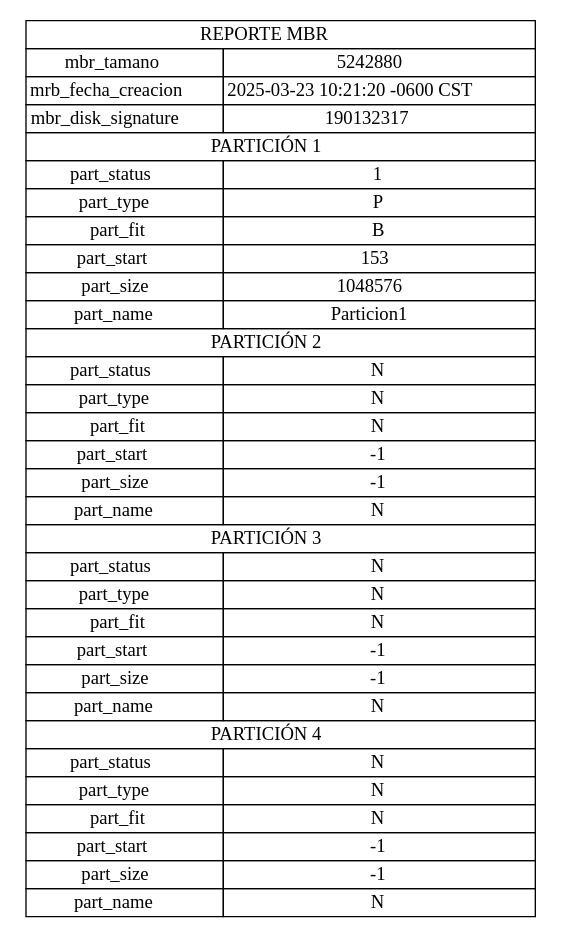
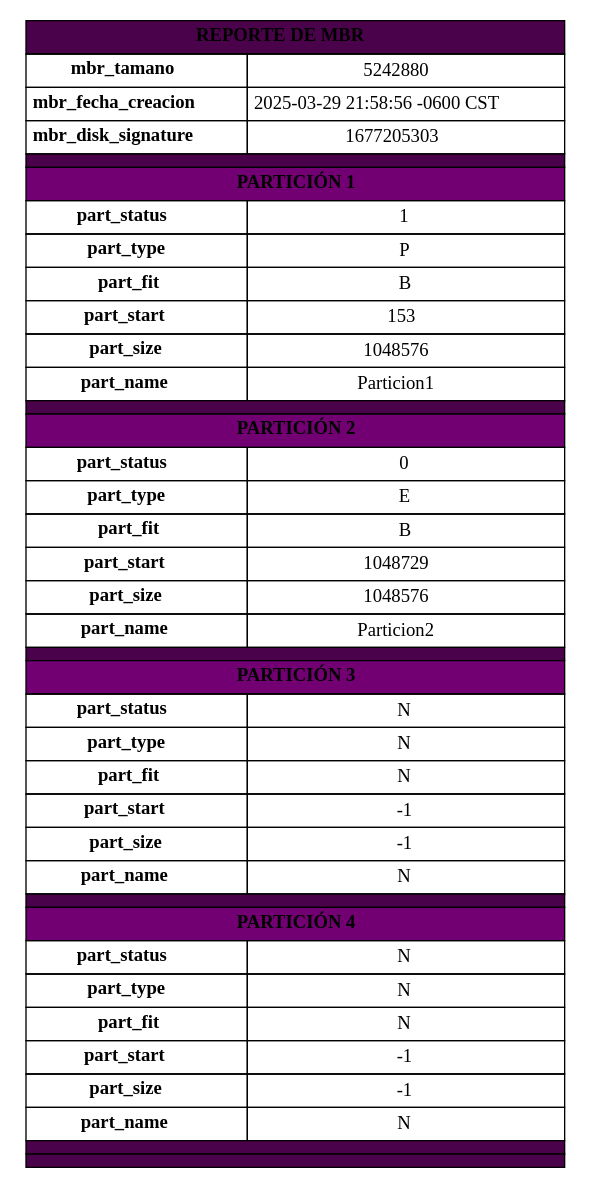
Before and after one commit to Brandon22023/MIA_1S2025_P1_202300813: the diagram in output/report_mbr.dot, drawn with Graphviz. The commit also changed 7 other files, not shown here.

```diff
--- a/output/report_mbr.dot
+++ b/output/report_mbr.dot
@@ -1,41 +1,164 @@
 digraph G {
-        node [shape=plaintext]
-        tabla [label=<
-            <table border="0" cellborder="1" cellspacing="0">
-                <tr><td colspan="2"> REPORTE MBR </td></tr>
-                <tr><td>mbr_tamano</td><td>5242880</td></tr>
-                <tr><td>mrb_fecha_creacion</td><td>2025-03-23 10:21:20 -0600 CST</td></tr>
-                <tr><td>mbr_disk_signature</td><td>190132317</td></tr>
+		node [shape=plaintext]
+		tabla [label=<
+			<table border="0" cellborder="1" cellspacing="0" cellpadding="4" style="rounded; font-family:Arial; font-size:12px;">
+				<!-- Encabezado principal -->
+				<tr>
+					<td colspan="2" bgcolor="#4A024A" style="color:white; font-size:16px; padding:8px; border-top-left-radius:8px; border-top-right-radius:8px;">
+						<b>REPORTE DE MBR</b>
+					</td>
+				</tr>
+				
+				<!-- Datos del MBR -->
+				<tr bgcolor="#EAD3EA">
+					<td><b>mbr_tamano</b></td>
+					<td>5242880</td>
+				</tr>
+				<tr>
+					<td><b>mbr_fecha_creacion</b></td>
+					<td>2025-03-29 21:58:56 -0600 CST</td>
+				</tr>
+				<tr bgcolor="#EAD3EA">
+					<td><b>mbr_disk_signature</b></td>
+					<td>1677205303</td>
+				</tr>
+				
+				<!-- Separador visual -->
+				<tr><td colspan="2" height="4" bgcolor="#4A024A"></td></tr>
+            <!-- Partición 1 -->
+            <tr>
+                <td colspan="2" bgcolor="#720072" style="color:white; font-size:14px; padding:6px;">
+                    <b>PARTICIÓN 1</b>
+                </td>
+            </tr>
+            <tr bgcolor="#F5D0F5">
+                <td><b>part_status</b></td>
+                <td>1</td>
+            </tr>
+            <tr>
+                <td><b>part_type</b></td>
+                <td>P</td>
+            </tr>
+            <tr bgcolor="#F5D0F5">
+                <td><b>part_fit</b></td>
+                <td>B</td>
+            </tr>
+            <tr>
+                <td><b>part_start</b></td>
+                <td>153</td>
+            </tr>
+            <tr bgcolor="#F5D0F5">
+                <td><b>part_size</b></td>
+                <td>1048576</td>
+            </tr>
+            <tr>
+                <td><b>part_name</b></td>
+                <td>Particion1</td>
+            </tr>
             
-				<tr><td colspan="2"> PARTICIÓN 1 </td></tr>
-				<tr><td>part_status</td><td>1</td></tr>
-				<tr><td>part_type</td><td>P</td></tr>
-				<tr><td>part_fit</td><td>B</td></tr>
-				<tr><td>part_start</td><td>153</td></tr>
-				<tr><td>part_size</td><td>1048576</td></tr>
-				<tr><td>part_name</td><td>Particion1</td></tr>
-			
-				<tr><td colspan="2"> PARTICIÓN 2 </td></tr>
-				<tr><td>part_status</td><td>N</td></tr>
-				<tr><td>part_type</td><td>N</td></tr>
-				<tr><td>part_fit</td><td>N</td></tr>
-				<tr><td>part_start</td><td>-1</td></tr>
-				<tr><td>part_size</td><td>-1</td></tr>
-				<tr><td>part_name</td><td>N</td></tr>
-			
-				<tr><td colspan="2"> PARTICIÓN 3 </td></tr>
-				<tr><td>part_status</td><td>N</td></tr>
-				<tr><td>part_type</td><td>N</td></tr>
-				<tr><td>part_fit</td><td>N</td></tr>
-				<tr><td>part_start</td><td>-1</td></tr>
-				<tr><td>part_size</td><td>-1</td></tr>
-				<tr><td>part_name</td><td>N</td></tr>
-			
-				<tr><td colspan="2"> PARTICIÓN 4 </td></tr>
-				<tr><td>part_status</td><td>N</td></tr>
-				<tr><td>part_type</td><td>N</td></tr>
-				<tr><td>part_fit</td><td>N</td></tr>
-				<tr><td>part_start</td><td>-1</td></tr>
-				<tr><td>part_size</td><td>-1</td></tr>
-				<tr><td>part_name</td><td>N</td></tr>
-			</table>>] }
+            <!-- Separador visual entre particiones -->
+            <tr><td colspan="2" height="4" bgcolor="#4A024A"></td></tr>
+            <!-- Partición 2 -->
+            <tr>
+                <td colspan="2" bgcolor="#720072" style="color:white; font-size:14px; padding:6px;">
+                    <b>PARTICIÓN 2</b>
+                </td>
+            </tr>
+            <tr bgcolor="#F5D0F5">
+                <td><b>part_status</b></td>
+                <td>0</td>
+            </tr>
+            <tr>
+                <td><b>part_type</b></td>
+                <td>E</td>
+            </tr>
+            <tr bgcolor="#F5D0F5">
+                <td><b>part_fit</b></td>
+                <td>B</td>
+            </tr>
+            <tr>
+                <td><b>part_start</b></td>
+                <td>1048729</td>
+            </tr>
+            <tr bgcolor="#F5D0F5">
+                <td><b>part_size</b></td>
+                <td>1048576</td>
+            </tr>
+            <tr>
+                <td><b>part_name</b></td>
+                <td>Particion2</td>
+            </tr>
+            
+            <!-- Separador visual entre particiones -->
+            <tr><td colspan="2" height="4" bgcolor="#4A024A"></td></tr>
+            <!-- Partición 3 -->
+            <tr>
+                <td colspan="2" bgcolor="#720072" style="color:white; font-size:14px; padding:6px;">
+                    <b>PARTICIÓN 3</b>
+                </td>
+            </tr>
+            <tr bgcolor="#F5D0F5">
+                <td><b>part_status</b></td>
+                <td>N</td>
+            </tr>
+            <tr>
+                <td><b>part_type</b></td>
+                <td>N</td>
+            </tr>
+            <tr bgcolor="#F5D0F5">
+                <td><b>part_fit</b></td>
+                <td>N</td>
+            </tr>
+            <tr>
+                <td><b>part_start</b></td>
+                <td>-1</td>
+            </tr>
+            <tr bgcolor="#F5D0F5">
+                <td><b>part_size</b></td>
+                <td>-1</td>
+            </tr>
+            <tr>
+                <td><b>part_name</b></td>
+                <td>N</td>
+            </tr>
+            
+            <!-- Separador visual entre particiones -->
+            <tr><td colspan="2" height="4" bgcolor="#4A024A"></td></tr>
+            <!-- Partición 4 -->
+            <tr>
+                <td colspan="2" bgcolor="#720072" style="color:white; font-size:14px; padding:6px;">
+                    <b>PARTICIÓN 4</b>
+                </td>
+            </tr>
+            <tr bgcolor="#F5D0F5">
+                <td><b>part_status</b></td>
+                <td>N</td>
+            </tr>
+            <tr>
+                <td><b>part_type</b></td>
+                <td>N</td>
+            </tr>
+            <tr bgcolor="#F5D0F5">
+                <td><b>part_fit</b></td>
+                <td>N</td>
+            </tr>
+            <tr>
+                <td><b>part_start</b></td>
+                <td>-1</td>
+            </tr>
+            <tr bgcolor="#F5D0F5">
+                <td><b>part_size</b></td>
+                <td>-1</td>
+            </tr>
+            <tr>
+                <td><b>part_name</b></td>
+                <td>N</td>
+            </tr>
+            
+            <!-- Separador visual entre particiones -->
+            <tr><td colspan="2" height="4" bgcolor="#4A024A"></td></tr>
+	<!-- Pie de tabla -->
+	<tr>
+		<td colspan="2" bgcolor="#4A024A" style="border-bottom-left-radius:8px; border-bottom-right-radius:8px; height:4px;"></td>
+	</tr>
+	</table>>] }"
```
